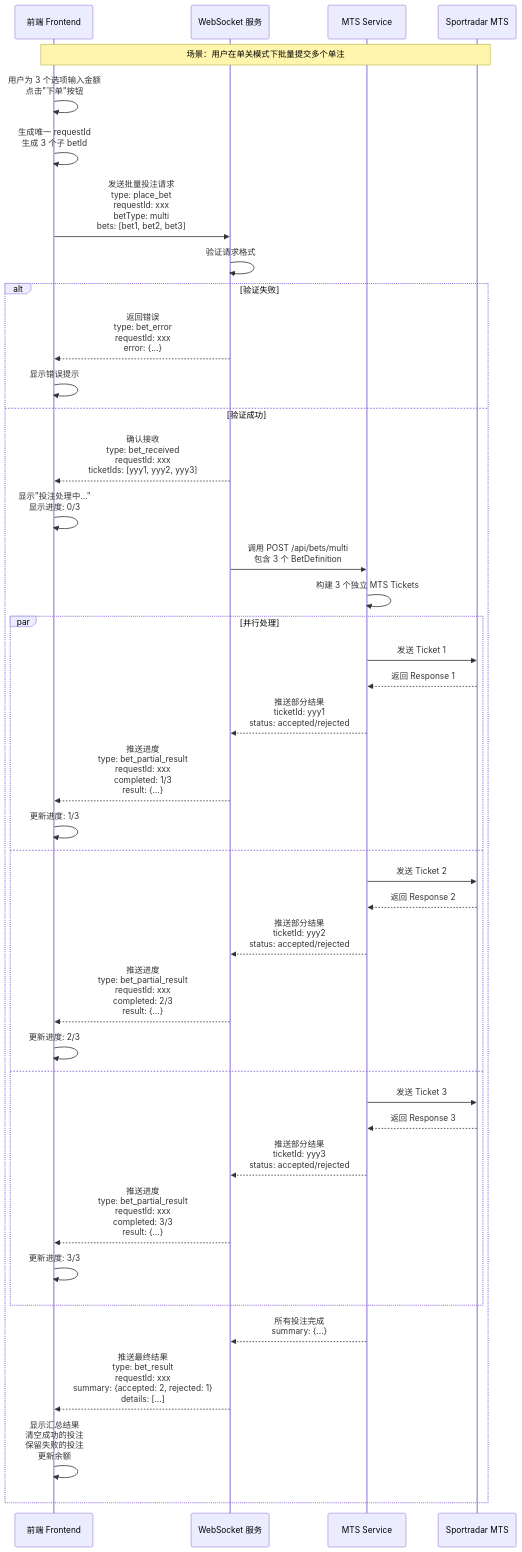
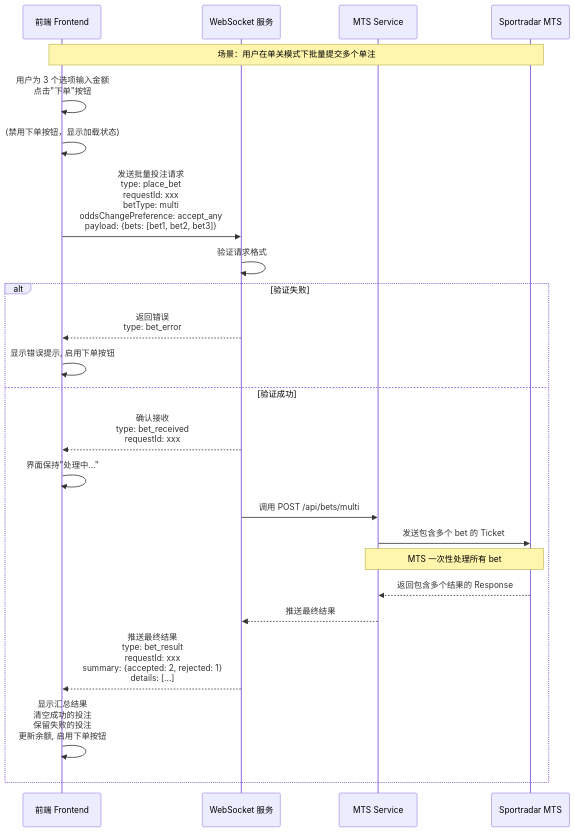
One commit to gdszyy/mts-service changed the diagram in docs/product/flowcharts/websocket/websocket_batch_single_bet_flow.mmd. Above: the diagram before and after it, drawn with Mermaid. The commit also changed 2 other files, not shown here.

```diff
--- a/docs/product/flowcharts/websocket/websocket_batch_single_bet_flow.mmd
+++ b/docs/product/flowcharts/websocket/websocket_batch_single_bet_flow.mmd
@@ -1,47 +1,31 @@
 sequenceDiagram
     participant F as 前端 Frontend
     participant W as WebSocket 服务
     participant M as MTS Service
     participant S as Sportradar MTS
-    
+
     Note over F,S: 场景：用户在单关模式下批量提交多个单注
-    
+
     F->>F: 用户为 3 个选项输入金额<br/>点击"下单"按钮
-    F->>F: 生成唯一 requestId<br/>生成 3 个子 betId
-    F->>W: 发送批量投注请求<br/>type: place_bet<br/>requestId: xxx<br/>betType: multi<br/>bets: [bet1, bet2, bet3]
-    
+    F->>F: (禁用下单按钮，显示加载状态)
+    F->>W: 发送批量投注请求<br/>type: place_bet<br/>requestId: xxx<br/>betType: multi<br/>oddsChangePreference: accept_any<br/>payload: {bets: [bet1, bet2, bet3]}
+
     W->>W: 验证请求格式
     alt 验证失败
-        W-->>F: 返回错误<br/>type: bet_error<br/>requestId: xxx<br/>error: {...}
-        F->>F: 显示错误提示
+        W-->>F: 返回错误<br/>type: bet_error
+        F->>F: 显示错误提示, 启用下单按钮
     else 验证成功
-        W-->>F: 确认接收<br/>type: bet_received<br/>requestId: xxx<br/>ticketIds: [yyy1, yyy2, yyy3]
-        F->>F: 显示"投注处理中..."<br/>显示进度: 0/3
-        
-        W->>M: 调用 POST /api/bets/multi<br/>包含 3 个 BetDefinition
-        M->>M: 构建 3 个独立 MTS Tickets
-        
-        par 并行处理
-            M->>S: 发送 Ticket 1
-            S-->>M: 返回 Response 1
-            M-->>W: 推送部分结果<br/>ticketId: yyy1<br/>status: accepted/rejected
-            W-->>F: 推送进度<br/>type: bet_partial_result<br/>requestId: xxx<br/>completed: 1/3<br/>result: {...}
-            F->>F: 更新进度: 1/3
-        and
-            M->>S: 发送 Ticket 2
-            S-->>M: 返回 Response 2
-            M-->>W: 推送部分结果<br/>ticketId: yyy2<br/>status: accepted/rejected
-            W-->>F: 推送进度<br/>type: bet_partial_result<br/>requestId: xxx<br/>completed: 2/3<br/>result: {...}
-            F->>F: 更新进度: 2/3
-        and
-            M->>S: 发送 Ticket 3
-            S-->>M: 返回 Response 3
-            M-->>W: 推送部分结果<br/>ticketId: yyy3<br/>status: accepted/rejected
-            W-->>F: 推送进度<br/>type: bet_partial_result<br/>requestId: xxx<br/>completed: 3/3<br/>result: {...}
-            F->>F: 更新进度: 3/3
-        end
-        
-        M-->>W: 所有投注完成<br/>summary: {...}
+        W-->>F: 确认接收<br/>type: bet_received<br/>requestId: xxx
+        F->>F: 界面保持"处理中..."
+
+        W->>M: 调用 POST /api/bets/multi
+        M->>S: 发送包含多个 bet 的 Ticket
+
+        Note over M,S: MTS 一次性处理所有 bet
+
+        S-->>M: 返回包含多个结果的 Response
+        M-->>W: 推送最终结果
+
         W-->>F: 推送最终结果<br/>type: bet_result<br/>requestId: xxx<br/>summary: {accepted: 2, rejected: 1}<br/>details: [...]
-        F->>F: 显示汇总结果<br/>清空成功的投注<br/>保留失败的投注<br/>更新余额
+        F->>F: 显示汇总结果<br/>清空成功的投注<br/>保留失败的投注<br/>更新余额, 启用下单按钮
     end
```
